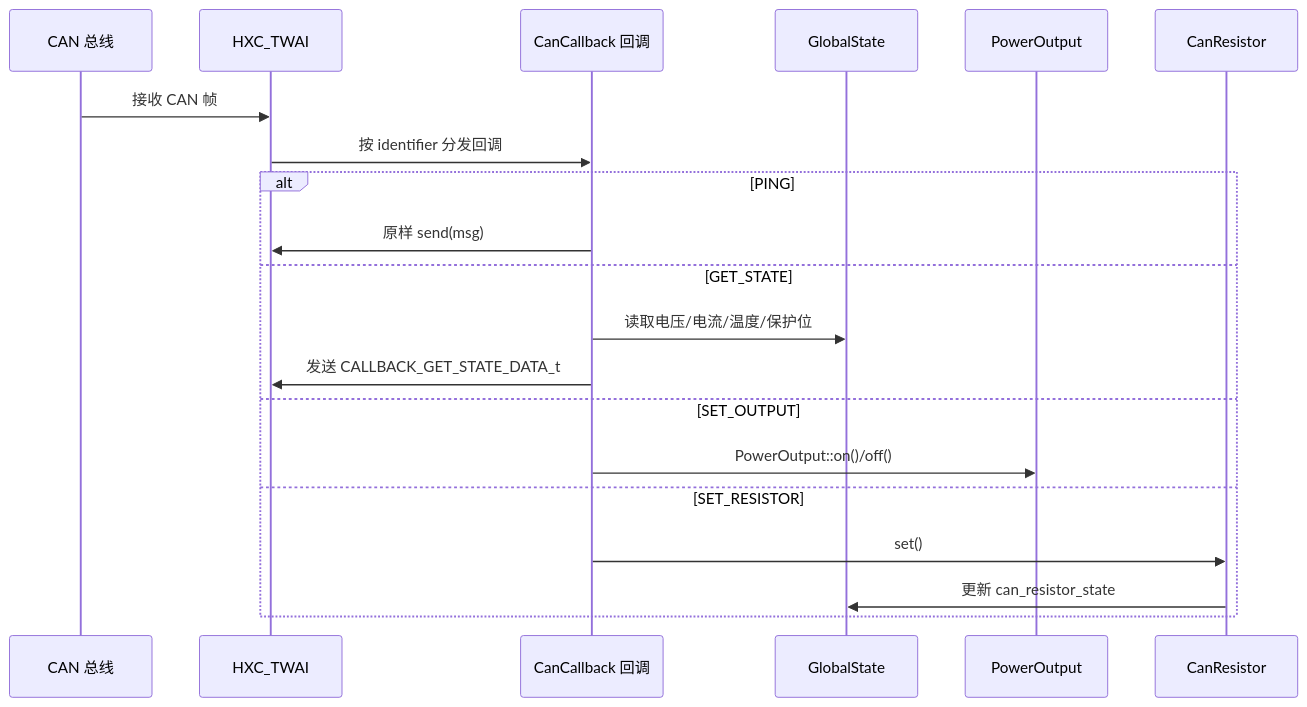
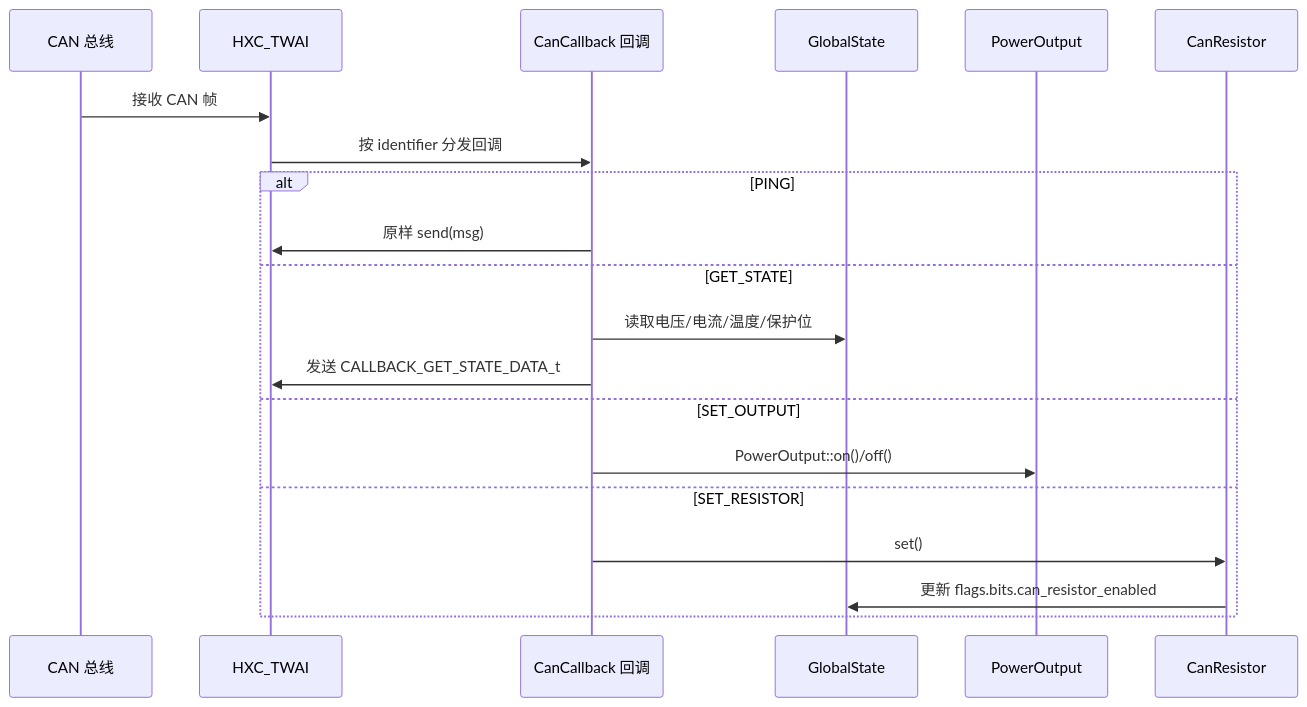
Before and after one commit to qingmeijiupiao/Wireless_power_meter_lite: the first of 2 diagrams in components/app/can_callback/README.md, drawn with Mermaid. The commit also changed 26 other files, not shown here.

````diff
--- a/components/app/can_callback/README.md
+++ b/components/app/can_callback/README.md
@@ -16,23 +16,23 @@
 ```mermaid
 sequenceDiagram
     participant Bus as CAN 总线
     participant TWAI as HXC_TWAI
     participant CB as CanCallback 回调
     participant GS as GlobalState
     participant PO as PowerOutput
     participant CR as CanResistor
 
     Bus->>TWAI: 接收 CAN 帧
     TWAI->>CB: 按 identifier 分发回调
     alt PING
         CB->>TWAI: 原样 send(msg)
     else GET_STATE
         CB->>GS: 读取电压/电流/温度/保护位
         CB->>TWAI: 发送 CALLBACK_GET_STATE_DATA_t
     else SET_OUTPUT
         CB->>PO: PowerOutput::on()/off()
     else SET_RESISTOR
         CB->>CR: set()
-        CR->>GS: 更新 can_resistor_state
+        CR->>GS: 更新 flags.bits.can_resistor_enabled
     end
 ```
````
